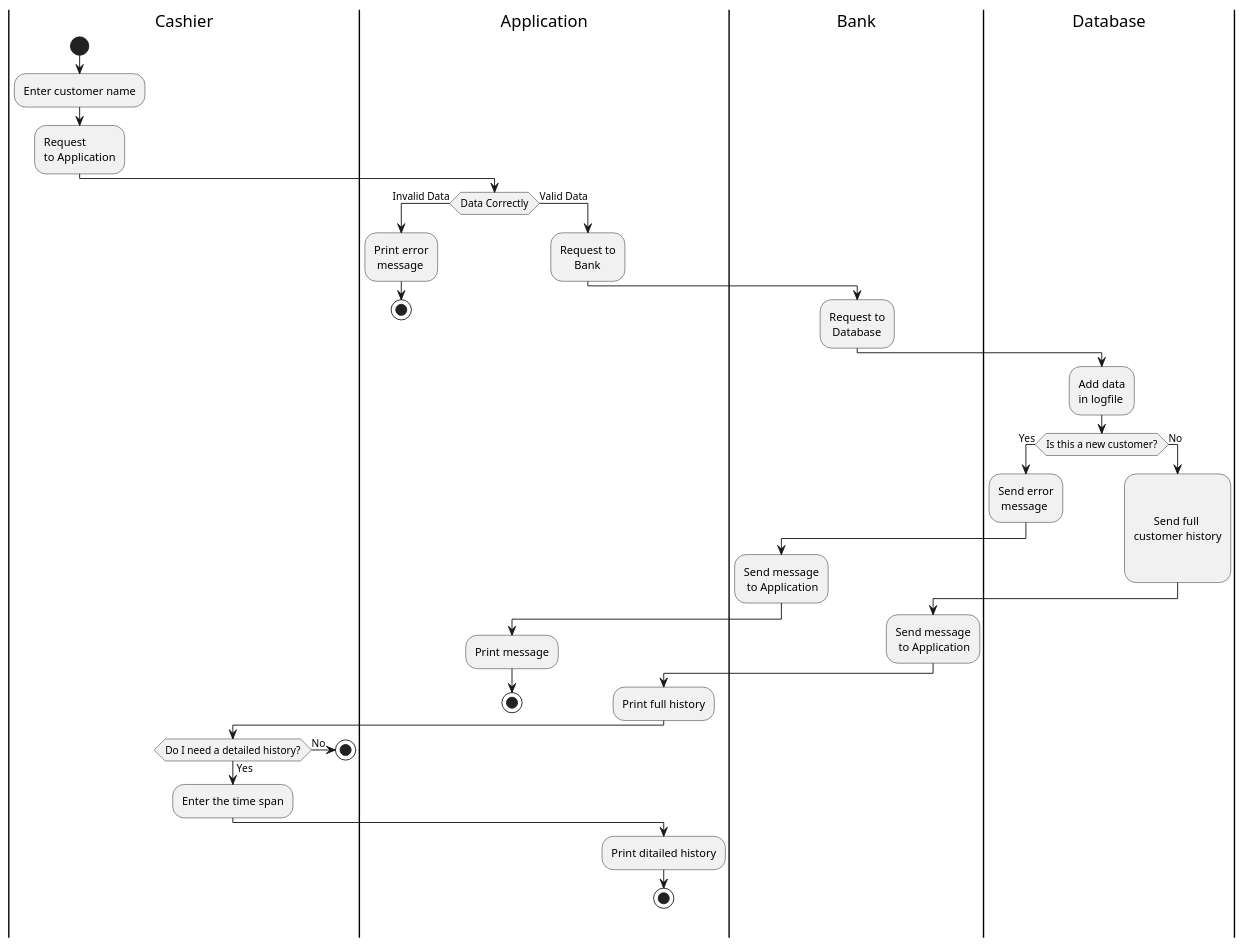
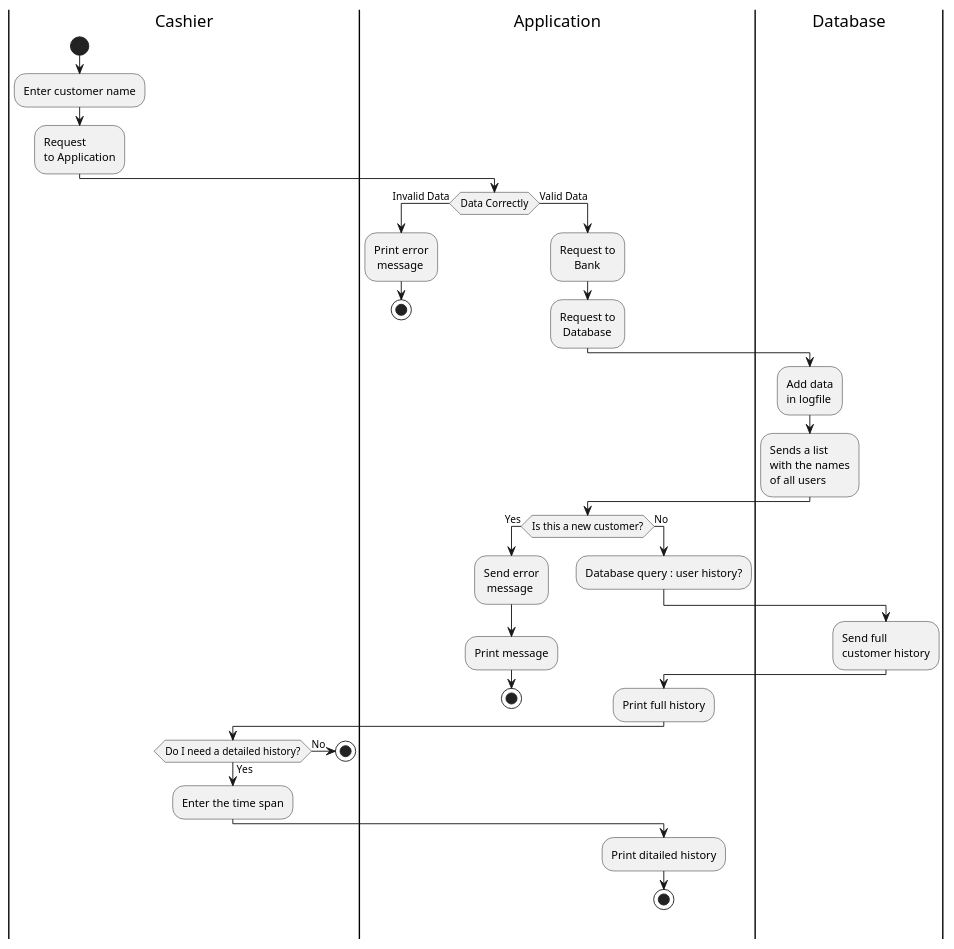
One commit to DanilaKe/ExchangeOfficeApplication changed the diagram in ExchangeOfficeApplication/UML/ActivityViewHistoryDiagram.puml. Above: the diagram before and after it, drawn with PlantUML. The commit also changed 5 other files, not shown here.

Commit message:
Change logic in diagrams.

```diff
--- a/ExchangeOfficeApplication/UML/ActivityViewHistoryDiagram.puml
+++ b/ExchangeOfficeApplication/UML/ActivityViewHistoryDiagram.puml
@@ -1,40 +1,38 @@
 @startuml
 |Cashier|
-    start
-    :Enter customer name;
-    :Request\nto Application;
-|Application|
-    if (Data Correctly) then (Invalid Data)
-      :Print error\n message;
-      stop
-    else (Valid Data)
-      :Request to\n     Bank;
-|Bank|
-    :Request to\n Database;
-|Database|
-    :Add data\nin logfile;
-    if (Is this a new customer?) then (Yes)
-      :Send error\n message;
-|Bank|
-        :Send message\n to Application;
+     start
+        :Enter customer name;
+        :Request\nto Application;
+    |Application|
+        if (Data Correctly) then (Invalid Data)
+          :Print error\n message;
+          stop
+        else (Valid Data)
+          :Request to\n     Bank;
+        :Request to\n Database;
+    |Database|
+        :Add data\nin logfile;
+        :Sends a list\nwith the names\nof all users;
+    |Application|
+        if (Is this a new customer?) then (Yes)
+          :Send error\n message;
 |Application|
         :Print message;
       stop
+    else (No)
+    :Database query : user history?;
 |Database|
-    else (No)
-    :\n\n       Send full\ncustomer history\n\n;
-|Bank|
-        :Send message\n to Application;
+    :Send full\ncustomer history;
 |Application|
         :Print full history;
 |Cashier|
         if (Do I need a detailed history?) then (No)
         stop
 |Cashier|           
         else (Yes)
         :Enter the time span;
         |Application|
             :Print ditailed history;
         endif
         stop
 @enduml
```
